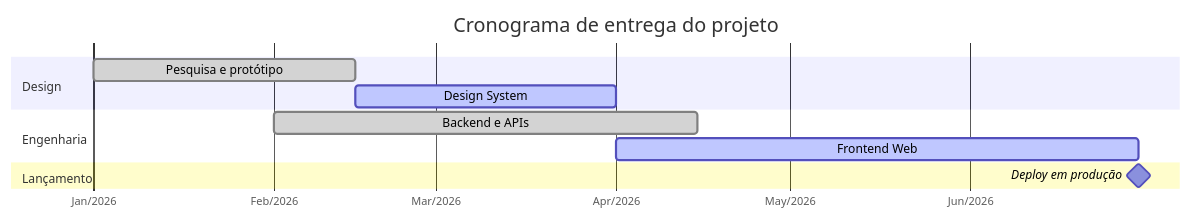
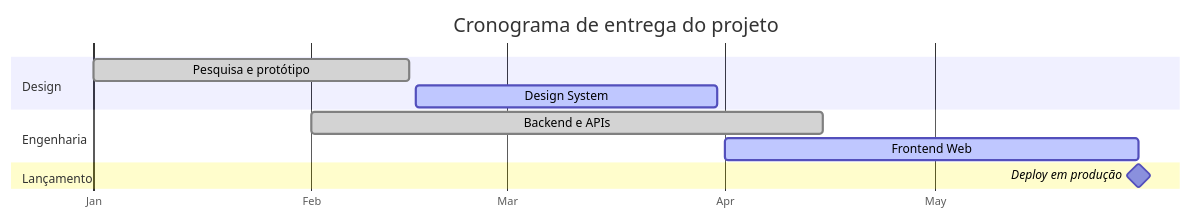
One commit to leorruas/programacao changed the ninth of 14 diagrams in mermaid/Sintaxe e possibilidades com Mermaid.md. Above: the diagram before and after it, drawn with Mermaid. The commit also changed 4 other files, not shown here.

Commit message:
fix(gantt): otimizar eixo de datas mensal e espacamento para perfeita legibilidade

````diff
--- a/mermaid/Sintaxe e possibilidades com Mermaid.md
+++ b/mermaid/Sintaxe e possibilidades com Mermaid.md
@@ -343,17 +343,18 @@
 ```mermaid
 gantt
     title Cronograma de entrega do projeto
     dateFormat YYYY-MM-DD
-    axisFormat %b/%Y
+    axisFormat %b
+    tickInterval 1month
 
     section Design
     Pesquisa e protótipo       :done,    des1, 2026-01-01, 2026-02-15
-    Design System              :active,  des2, 2026-02-15, 2026-04-01
+    Design System              :active,  des2, 2026-02-16, 2026-03-31
 
     section Engenharia
     Backend e APIs             :done,    dev1, 2026-02-01, 2026-04-15
-    Frontend Web               :active,  dev2, 2026-04-01, 2026-06-30
+    Frontend Web               :active,  dev2, 2026-04-01, 2026-05-30
 
     section Lançamento
-    Deploy em produção         :milestone, m1, 2026-06-30, 0d
+    Deploy em produção         :milestone, m1, 2026-05-30, 0d
 ```
````
